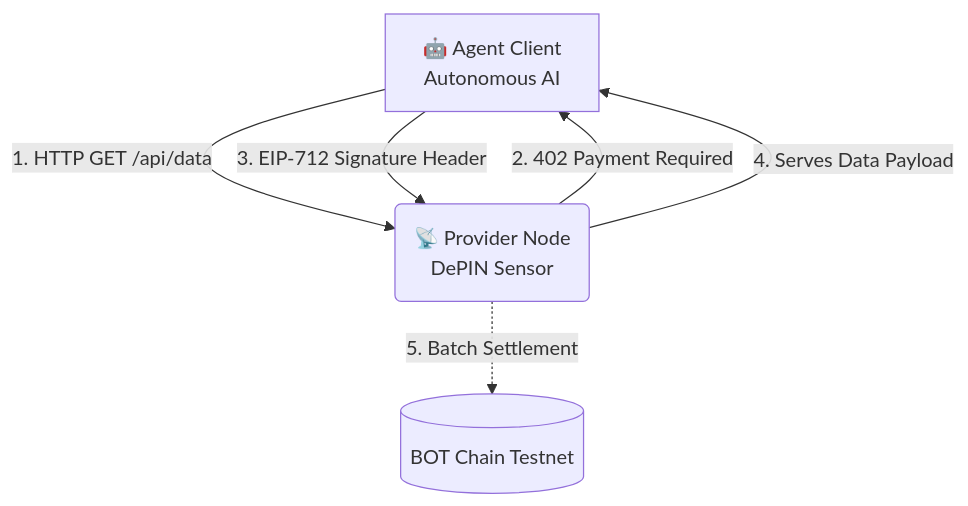
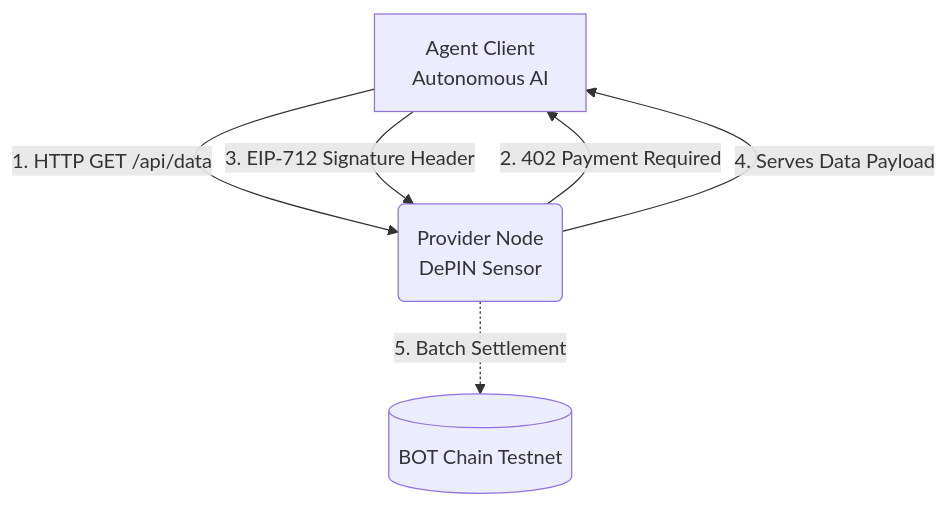
One commit to rythmern02/Swarm-Broker changed the diagram in README.md. Above: the diagram before and after it, drawn with Mermaid. The commit also changed other lines of this file and 1 other file, not shown here.

````diff
--- a/README.md
+++ b/README.md
@@ -44,8 +43,8 @@
 ```mermaid
 graph TD
-    A[🤖 Agent Client<br/>Autonomous AI] -->|1. HTTP GET /api/data| B(📡 Provider Node<br/>DePIN Sensor)
+    A[Agent Client<br/>Autonomous AI] -->|1. HTTP GET /api/data| B(Provider Node<br/>DePIN Sensor)
     B -->|2. 402 Payment Required| A
     A -->|3. EIP-712 Signature Header| B
     B -->|4. Serves Data Payload| A
     B -.->|5. Batch Settlement| C[(BOT Chain Testnet)]
 ```
````
